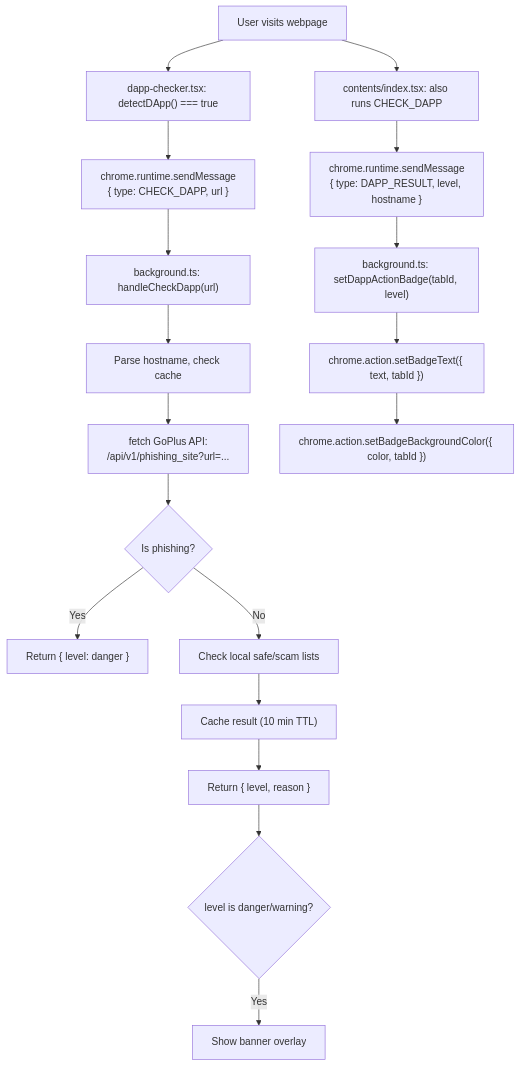
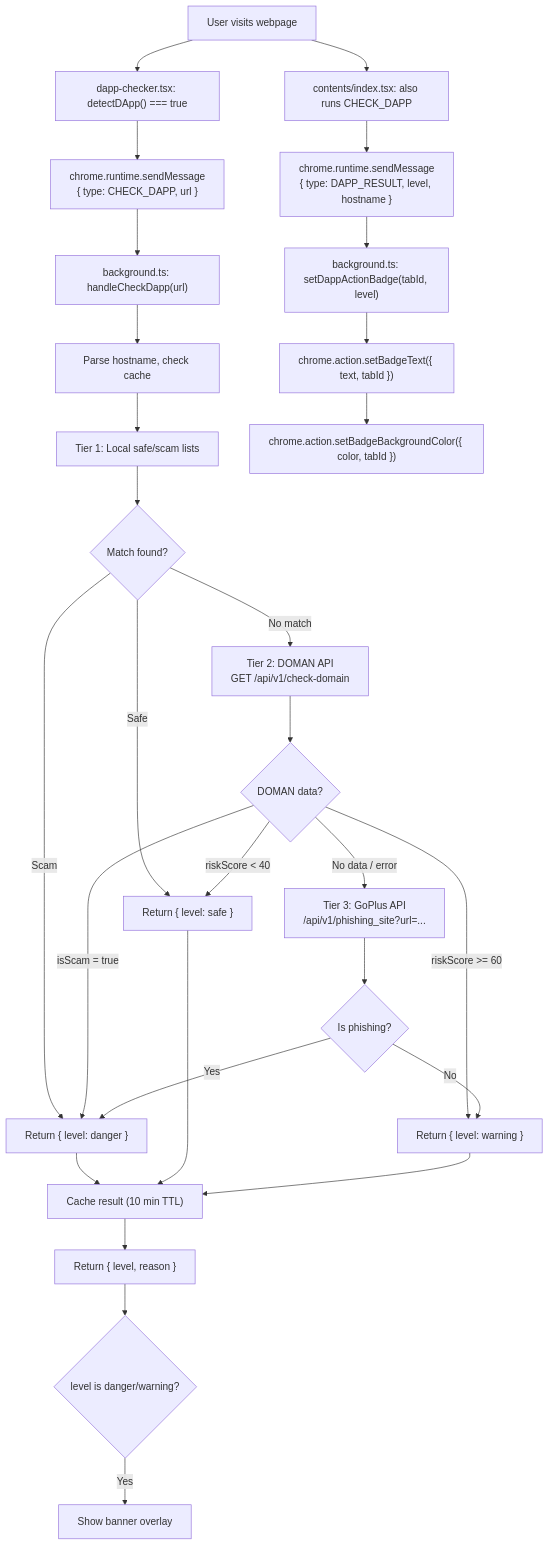
One commit to domanprotocol/docs changed the second of 5 diagrams in docs/extension/data-flows.md. Above: the diagram before and after it, drawn with Mermaid. The commit also changed 6 other files, not shown here.

````diff
--- a/docs/extension/data-flows.md
+++ b/docs/extension/data-flows.md
@@ -28,20 +28,31 @@
 ```mermaid
 flowchart TD
     A["User visits webpage"] --> B["dapp-checker.tsx: detectDApp() === true"]
     B --> C["chrome.runtime.sendMessage<br/>{ type: CHECK_DAPP, url }"]
     C --> D["background.ts: handleCheckDapp(url)"]
     D --> E["Parse hostname, check cache"]
-    E --> F["fetch GoPlus API:<br/>/api/v1/phishing_site?url=..."]
-    F --> G{Is phishing?}
-    G -->|Yes| H["Return { level: danger }"]
-    G -->|No| I["Check local safe/scam lists"]
-    I --> J["Cache result (10 min TTL)"]
-    J --> K["Return { level, reason }"]
-    K --> L{level is danger/warning?}
-    L -->|Yes| M["Show banner overlay"]
-    A --> N["contents/index.tsx: also runs CHECK_DAPP"]
-    N --> O["chrome.runtime.sendMessage<br/>{ type: DAPP_RESULT, level, hostname }"]
-    O --> P["background.ts: setDappActionBadge(tabId, level)"]
-    P --> Q["chrome.action.setBadgeText({ text, tabId })"]
-    Q --> R["chrome.action.setBadgeBackgroundColor({ color, tabId })"]
+    E --> F["Tier 1: Local safe/scam lists"]
+    F --> G{Match found?}
+    G -->|Scam| H["Return { level: danger }"]
+    G -->|Safe| I["Return { level: safe }"]
+    G -->|No match| J["Tier 2: DOMAN API<br/>GET /api/v1/check-domain"]
+    J --> K{DOMAN data?}
+    K -->|isScam = true| H
+    K -->|riskScore < 40| I
+    K -->|riskScore >= 60| L["Return { level: warning }"]
+    K -->|No data / error| M["Tier 3: GoPlus API<br/>/api/v1/phishing_site?url=..."]
+    M --> N{Is phishing?}
+    N -->|Yes| H
+    N -->|No| L
+    H --> O["Cache result (10 min TTL)"]
+    I --> O
+    L --> O
+    O --> P["Return { level, reason }"]
+    P --> Q{level is danger/warning?}
+    Q -->|Yes| R["Show banner overlay"]
+    A --> S["contents/index.tsx: also runs CHECK_DAPP"]
+    S --> T["chrome.runtime.sendMessage<br/>{ type: DAPP_RESULT, level, hostname }"]
+    T --> U["background.ts: setDappActionBadge(tabId, level)"]
+    U --> V["chrome.action.setBadgeText({ text, tabId })"]
+    V --> W["chrome.action.setBadgeBackgroundColor({ color, tabId })"]
 ```
````
